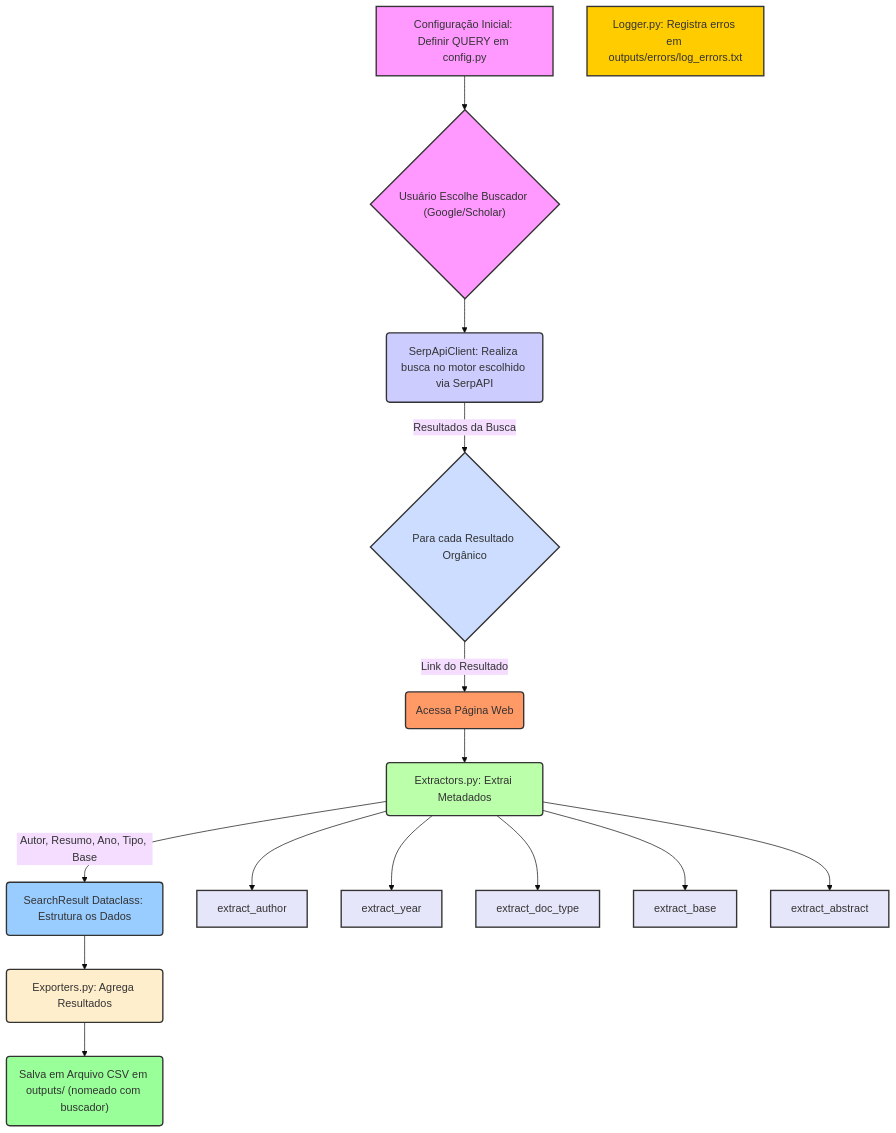
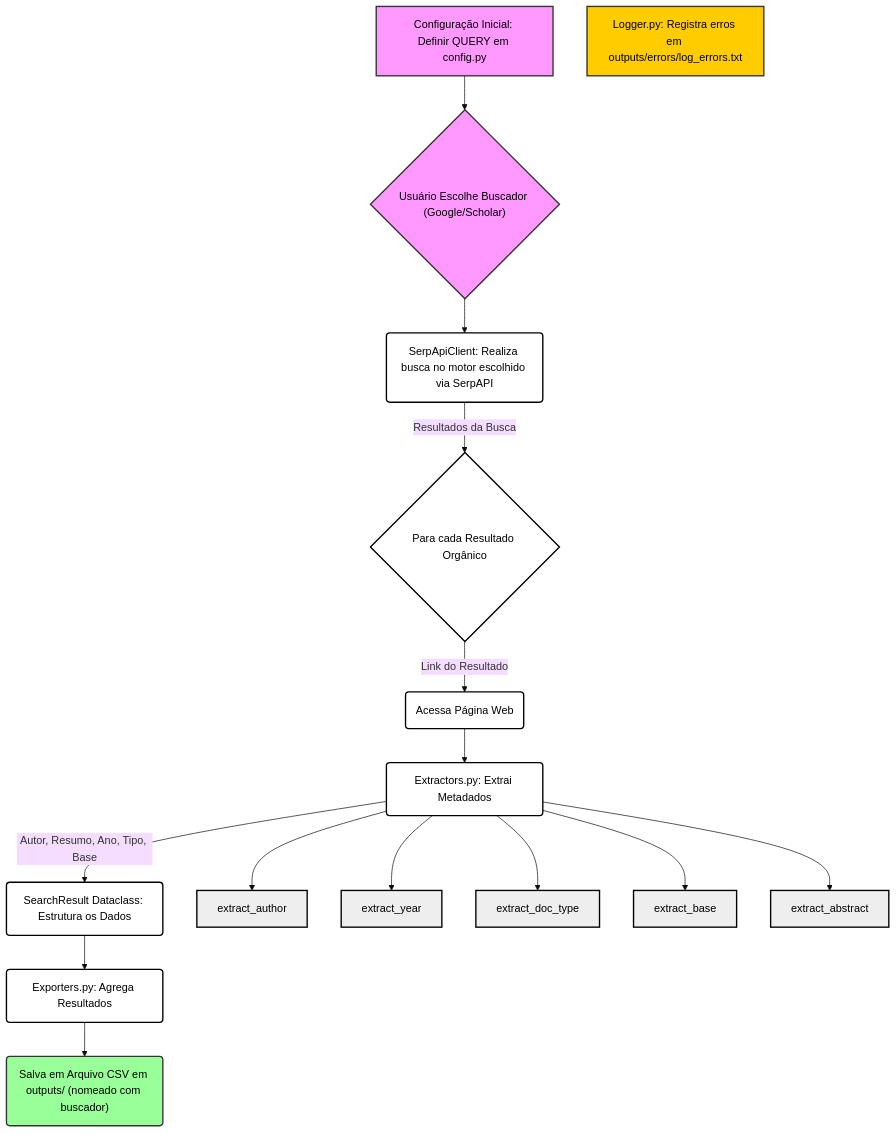
The diagram in README.md (italomanzine/SoftScrape), drawn with Mermaid (base theme) before and after one commit. The commit also changed other lines of this file, not shown here.

Commit message:
feat: Update README with improved diagram styles and add C4 architecture models

````diff
--- a/README.md
+++ b/README.md
@@ -139,34 +139,34 @@
 ```mermaid
 graph TD
     A["Configuração Inicial: Definir QUERY em config.py"] --> A1{"Usuário Escolhe Buscador (Google/Scholar)"};
     A1 --> B("SerpApiClient: Realiza busca no motor escolhido via SerpAPI");
     B -- "Resultados da Busca" --> C{"Para cada Resultado Orgânico"};
-    C -- "Link do Resultado" --> D("Acessa Página Web");
+C -- "Link do Resultado" --> D("Acessa Página Web");
     D --> E("Extractors.py: Extrai Metadados");
     E -- "Autor, Resumo, Ano, Tipo, Base" --> F("SearchResult Dataclass: Estrutura os Dados");
     F --> G("Exporters.py: Agrega Resultados");
     G --> H("Salva em Arquivo CSV em outputs/ (nomeado com buscador)");
     Z["Logger.py: Registra erros em outputs/errors/log_errors.txt"];
 
     E --> E1["extract_author"];
     E --> E2["extract_year"];
     E --> E3["extract_doc_type"];
     E --> E4["extract_base"];
     E --> E5["extract_abstract"];
 
-    style A fill:#f9f,stroke:#333,stroke-width:2px;
-    style A1 fill:#f9f,stroke:#333,stroke-width:2px;
-    style B fill:#ccf,stroke:#333,stroke-width:2px;
-    style C fill:#cdf,stroke:#333,stroke-width:2px;
-    style D fill:#f96,stroke:#333,stroke-width:2px;
-    style E fill:#bfa,stroke:#333,stroke-width:2px;
-    style F fill:#9cf,stroke:#333,stroke-width:2px;
-    style G fill:#fec,stroke:#333,stroke-width:2px;
-    style H fill:#9f9,stroke:#333,stroke-width:2px;
-    style Z fill:#ffcc00,stroke:#333,stroke-width:2px;
-    style E1 fill:#e6e6fa,stroke:#333,stroke-width:2px;
-    style E2 fill:#e6e6fa,stroke:#333,stroke-width:2px;
-    style E3 fill:#e6e6fa,stroke:#333,stroke-width:2px;
-    style E4 fill:#e6e6fa,stroke:#333,stroke-width:2px;
-    style E5 fill:#e6e6fa,stroke:#333,stroke-width:2px;
+    style A fill:#f9f,stroke:#333,stroke-width:2px,color:#000;
+    style A1 fill:#f9f,stroke:#333,stroke-width:2px,color:#000;
+    style B fill:#fff,stroke:#000,stroke-width:2px,color:#000;
+    style C fill:#fff,stroke:#000,stroke-width:2px,color:#000;
+    style D fill:#fff,stroke:#000,stroke-width:2px,color:#000;
+    style E fill:#fff,stroke:#000,stroke-width:2px,color:#000;
+    style F fill:#fff,stroke:#000,stroke-width:2px,color:#000;
+    style G fill:#fff,stroke:#000,stroke-width:2px,color:#000;
+    style H fill:#9f9,stroke:#333,stroke-width:2px,color:#000;
+    style Z fill:#ffcc00,stroke:#333,stroke-width:2px,color:#000;
+    style E1 fill:#eee,stroke:#000,stroke-width:2px,color:#000;
+    style E2 fill:#eee,stroke:#000,stroke-width:2px,color:#000;
+    style E3 fill:#eee,stroke:#000,stroke-width:2px,color:#000;
+    style E4 fill:#eee,stroke:#000,stroke-width:2px,color:#000;
+    style E5 fill:#eee,stroke:#000,stroke-width:2px,color:#000;
 ```
````
